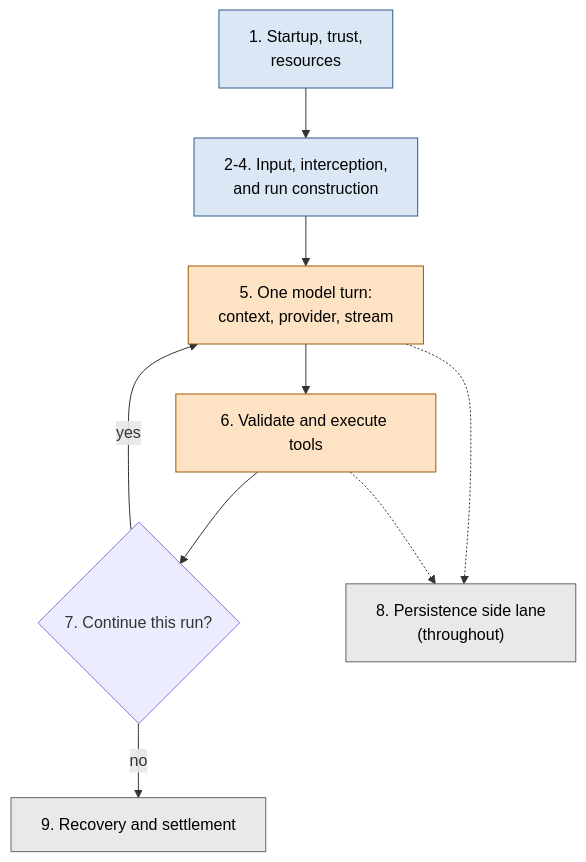
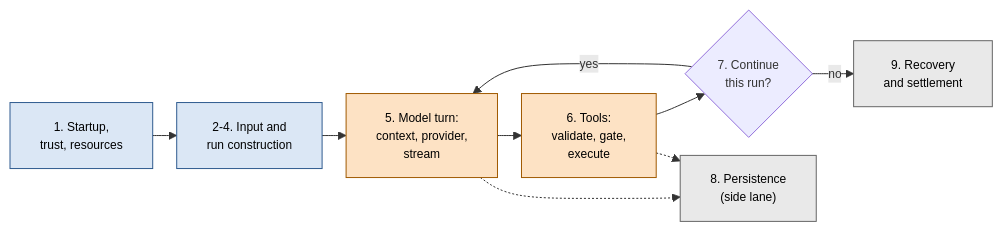
The second of 7 diagrams in developer-guide/06-lifecycle-and-hooks.qmd (lukechen526/pi), drawn with Mermaid before and after one commit. The commit also changed other lines of this file and 3 other files, not shown here.

````diff
--- a/developer-guide/06-lifecycle-and-hooks.qmd
+++ b/developer-guide/06-lifecycle-and-hooks.qmd
@@ -155,20 +145,23 @@
 ```{mermaid}
 %%| label: fig-prompt-lifecycle-overview
 %%| fig-cap: "The complete prompt path. Startup precedes the loop; prompt and tool assembly precede the repeated provider/tool cycle; persistence is a side lane; settlement closes the run."
-flowchart TD
-  S0["1. Startup, trust,<br/>resources"]:::input
-  S1["2-4. Input, interception,<br/>and run construction"]:::input
-  S5["5. One model turn:<br/>context, provider, stream"]:::turn
-  S6["6. Validate and execute tools"]:::turn
-  S7{"7. Continue this run?"}
-  S8["8. Persistence side lane<br/>(throughout)"]:::settle
-  S9["9. Recovery and settlement"]:::settle
+%%| fig-pos: "H"
+%%| fig-width: 6.3
+%%{init: {"flowchart": {"nodeSpacing": 18, "rankSpacing": 24}, "themeVariables": {"fontSize": "12px"}}}%%
+flowchart LR
+  S0["1. Startup,<br/>trust, resources"]:::input
+  S1["2-4. Input and<br/>run construction"]:::input
+  S5["5. Model turn:<br/>context, provider,<br/>stream"]:::turn
+  S6["6. Tools:<br/>validate, gate,<br/>execute"]:::turn
+  S7{"7. Continue<br/>this run?"}
+  S8["8. Persistence<br/>(side lane)"]:::settle
+  S9["9. Recovery<br/>and settlement"]:::settle
   S0 --> S1 --> S5 --> S6 --> S7
   S7 -->|"yes"| S5
   S7 -->|"no"| S9
   S5 -.-> S8
   S6 -.-> S8
   classDef input fill:#dbe7f5,stroke:#2f5b8f,color:#000000
   classDef turn fill:#fde2c4,stroke:#a05a00,color:#000000
   classDef settle fill:#e9e9e9,stroke:#666666,color:#000000
 ```
````
